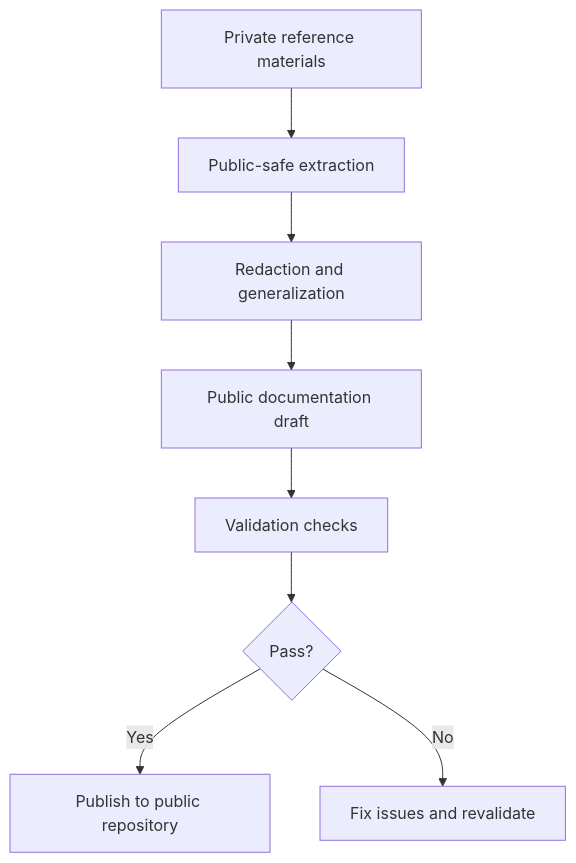
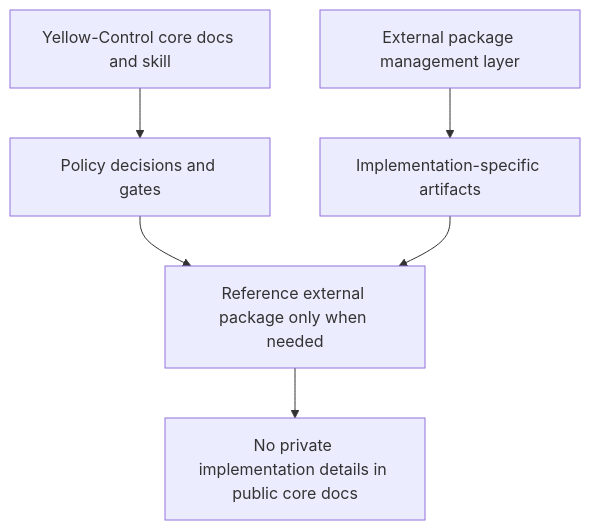
The fourth of 4 diagrams in docs/architecture.md (oscar26aiagent-creator/yellow-control), drawn with Mermaid before and after one commit. The commit also changed other lines of this file and 2 other files, not shown here.

Commit message:
Expand README and architecture for narrowed Yellow-Control scope

````diff
--- a/docs/architecture.md
+++ b/docs/architecture.md
@@ -47,10 +54,8 @@
 ```mermaid
 flowchart TD
-  A[Private reference materials] --> B[Public-safe extraction]
-  B --> C[Redaction and generalization]
-  C --> D[Public documentation draft]
-  D --> E[Validation checks]
-  E --> F{Pass?}
-  F -->|Yes| G[Publish to public repository]
-  F -->|No| H[Fix issues and revalidate]
+  A[Yellow-Control core docs and skill] --> B[Policy decisions and gates]
+  C[External package management layer] --> D[Implementation-specific artifacts]
+  B --> E[Reference external package only when needed]
+  D --> E
+  E --> F[No private implementation details in public core docs]
 ```
````
